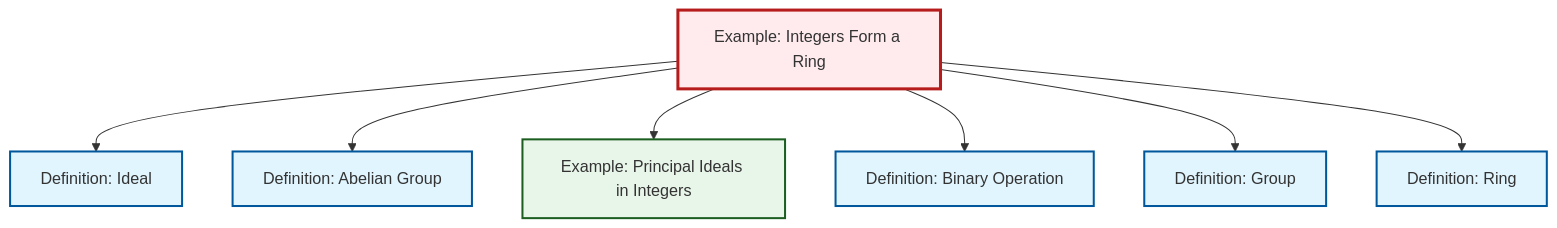
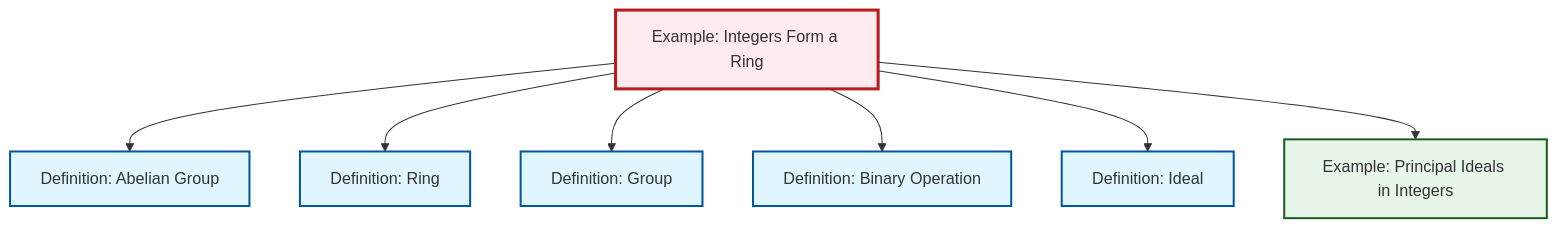
One commit to RK0429/ModernMath changed the diagram in output/mermaid/ex-integers-ring.mermaid. Above: the diagram before and after it, drawn with Mermaid. The commit also changed other lines of this file and 491 other files, not shown here.

```diff
--- a/output/mermaid/ex-integers-ring.mermaid
+++ b/output/mermaid/ex-integers-ring.mermaid
@@ -1,21 +1,21 @@
 %%| fig-cap: "Local dependency graph"
 graph TD
     classDef definition fill:#e1f5fe,stroke:#01579b,stroke-width:2px
     classDef theorem fill:#f3e5f5,stroke:#4a148c,stroke-width:2px
     classDef axiom fill:#fff3e0,stroke:#e65100,stroke-width:2px
     classDef example fill:#e8f5e9,stroke:#1b5e20,stroke-width:2px
     classDef current fill:#ffebee,stroke:#b71c1c,stroke-width:3px
+    def-binary-operation["Definition: Binary Operation"]:::definition
+    def-abelian-group["Definition: Abelian Group"]:::definition
+    ex-principal-ideal["Example: Principal Ideals in Integers"]:::example
     def-group["Definition: Group"]:::definition
     def-ideal["Definition: Ideal"]:::definition
-    def-binary-operation["Definition: Binary Operation"]:::definition
-    def-abelian-group["Definition: Abelian Group"]:::definition
+    def-ring["Definition: Ring"]:::definition
     ex-integers-ring["Example: Integers Form a Ring"]:::example
-    def-ring["Definition: Ring"]:::definition
-    ex-principal-ideal["Example: Principal Ideals in Integers"]:::example
+    ex-integers-ring --> def-abelian-group
+    ex-integers-ring --> def-ring
+    ex-integers-ring --> def-group
+    ex-integers-ring --> def-binary-operation
     ex-integers-ring --> def-ideal
-    ex-integers-ring --> def-abelian-group
     ex-integers-ring --> ex-principal-ideal
-    ex-integers-ring --> def-binary-operation
-    ex-integers-ring --> def-group
-    ex-integers-ring --> def-ring
     class ex-integers-ring current
```
